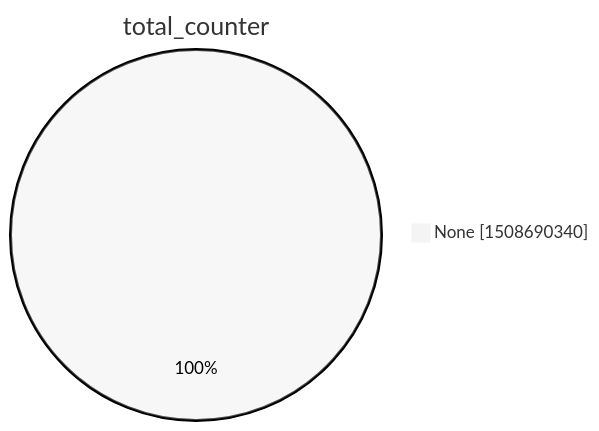
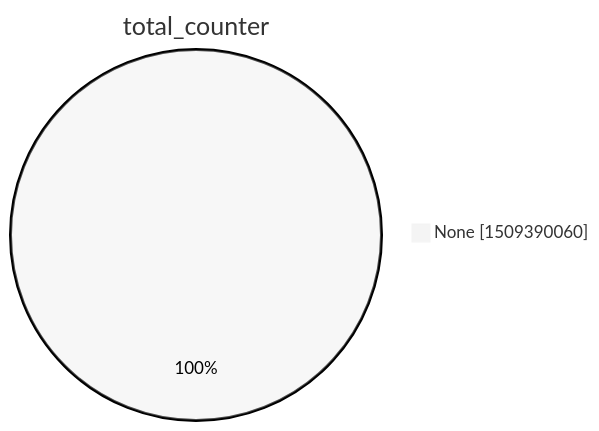
One commit to christiankrug/ctmonitor_visualization changed the second of 15 diagrams in xenon2022/README.md. Above: the diagram before and after it, drawn with Mermaid (neutral theme). The commit also changed other lines of this file, not shown here.

````diff
--- a/xenon2022/README.md
+++ b/xenon2022/README.md
@@ -9,5 +9,5 @@
 ```mermaid
 pie showData
 title total_counter
-"None" :1508690340
+"None" :1509390060
 ```
````
